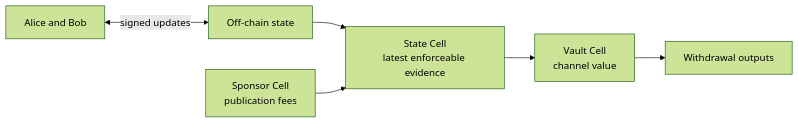
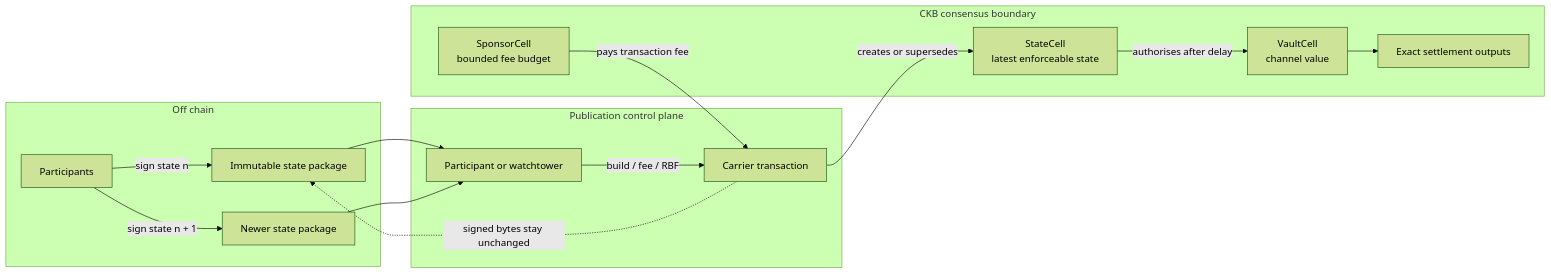
One commit to a19q3/Morph changed the first of 5 diagrams in README.md. Above: the diagram before and after it, drawn with Mermaid (forest theme). The commit also changed other lines of this file, not shown here.

````diff
--- a/README.md
+++ b/README.md
@@ -27,8 +39,22 @@
 ```mermaid
 flowchart LR
-    U["Alice and Bob"] <-->|"signed updates"| O["Off-chain state"]
-    O --> S["State Cell<br/>latest enforceable evidence"]
-    S --> V["Vault Cell<br/>channel value"]
-    P["Sponsor Cell<br/>publication fees"] --> S
-    V --> W["Withdrawal outputs"]
+    subgraph OffChain["Off chain"]
+        P["Participants"] -->|"sign state n"| E["Immutable state package"]
+        P -->|"sign state n + 1"| E2["Newer state package"]
+    end
+
+    subgraph Operator["Publication control plane"]
+        E --> W["Participant or watchtower"]
+        E2 --> W
+        W -->|"build / fee / RBF"| T["Carrier transaction"]
+    end
+
+    subgraph CKB["CKB consensus boundary"]
+        SP["SponsorCell<br/>bounded fee budget"] -->|"pays transaction fee"| T
+        T -->|"creates or supersedes"| S["StateCell<br/>latest enforceable state"]
+        S -->|"authorises after delay"| V["VaultCell<br/>channel value"]
+        V --> O["Exact settlement outputs"]
+    end
+
+    T -.->|"signed bytes stay unchanged"| E
 ```
````
